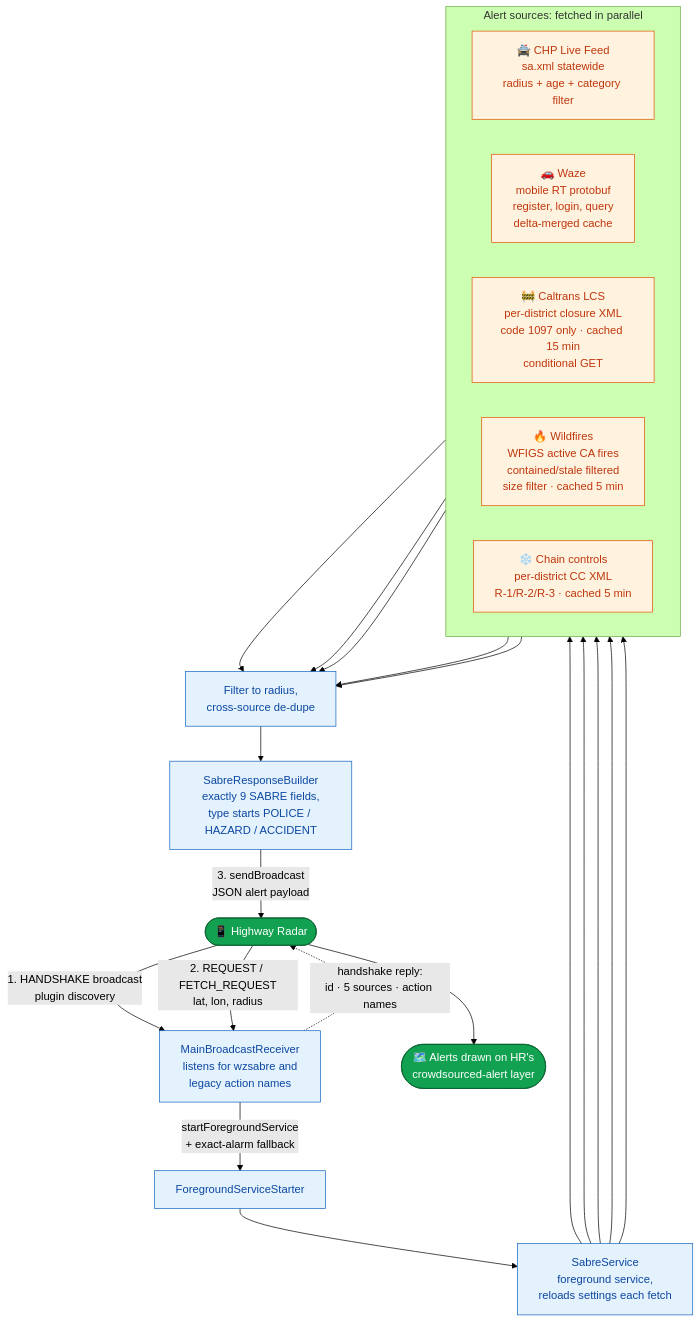
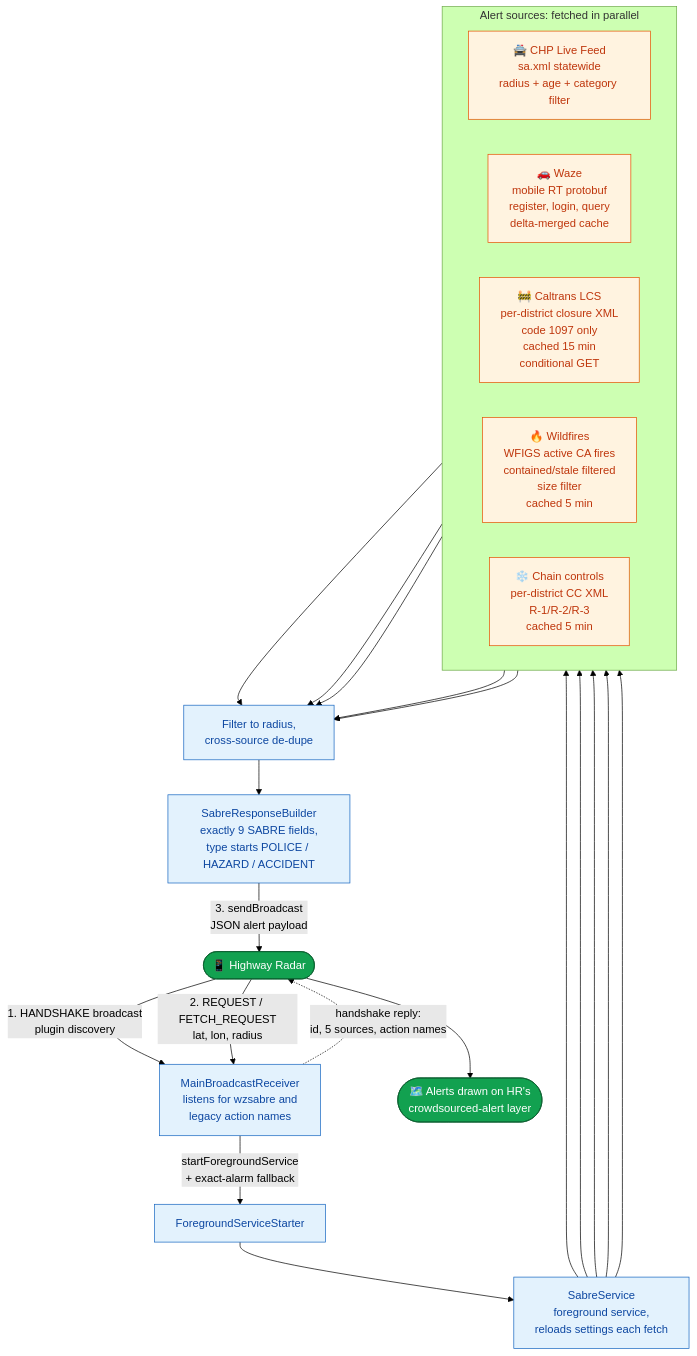
One commit to nicglazkov/highway-radar-sabre-plus changed the diagram in README.md. Above: the diagram before and after it, drawn with Mermaid (forest theme). The commit also changed other lines of this file and 44 other files, not shown here.

````diff
--- a/README.md
+++ b/README.md
@@ -163,47 +172,47 @@
 ```mermaid
 flowchart TD
     HR(["📱 Highway Radar"])
 
     HR -- "1. HANDSHAKE broadcast<br/>plugin discovery" --> RCV
     HR -- "2. REQUEST / FETCH_REQUEST<br/>lat, lon, radius" --> RCV
 
     RCV["MainBroadcastReceiver<br/>listens for wzsabre and<br/>legacy action names"]
-    RCV -. "handshake reply:<br/>id · 5 sources · action names" .-> HR
+    RCV -. "handshake reply:<br/>id, 5 sources, action names" .-> HR
     RCV -- "startForegroundService<br/>+ exact-alarm fallback" --> FSS
     FSS["ForegroundServiceStarter"] --> SVC
     SVC["SabreService<br/>foreground service,<br/>reloads settings each fetch"]
 
     subgraph SOURCES["Alert sources: fetched in parallel"]
         direction LR
         CHP["🚔 CHP Live Feed<br/>sa.xml statewide<br/>radius + age + category filter"]
         WAZE["🚗 Waze<br/>mobile RT protobuf<br/>register, login, query<br/>delta-merged cache"]
-        LCS["🚧 Caltrans LCS<br/>per-district closure XML<br/>code 1097 only · cached 15 min<br/>conditional GET"]
-        FIRE["🔥 Wildfires<br/>WFIGS active CA fires<br/>contained/stale filtered<br/>size filter · cached 5 min"]
-        CHAINS["❄️ Chain controls<br/>per-district CC XML<br/>R-1/R-2/R-3 · cached 5 min"]
+        LCS["🚧 Caltrans LCS<br/>per-district closure XML<br/>code 1097 only<br/>cached 15 min<br/>conditional GET"]
+        FIRE["🔥 Wildfires<br/>WFIGS active CA fires<br/>contained/stale filtered<br/>size filter<br/>cached 5 min"]
+        CHAINS["❄️ Chain controls<br/>per-district CC XML<br/>R-1/R-2/R-3<br/>cached 5 min"]
     end
 
     SVC --> CHP & WAZE & LCS & FIRE & CHAINS
     CHP & WAZE & LCS & FIRE & CHAINS --> MERGE
 
     MERGE["Filter to radius,<br/>cross-source de-dupe"]
     MERGE --> BUILD["SabreResponseBuilder<br/>exactly 9 SABRE fields,<br/>type starts POLICE / HAZARD / ACCIDENT"]
     BUILD -- "3. sendBroadcast<br/>JSON alert payload" --> HR
     HR --> MAP(["🗺️ Alerts drawn on HR's<br/>crowdsourced-alert layer"])
 
     click RCV "https://github.com/nicglazkov/highway-radar-sabre-plus/blob/main/app/src/main/java/app/sabre/wzsabre/MainBroadcastReceiver.java" "MainBroadcastReceiver.java"
     click FSS "https://github.com/nicglazkov/highway-radar-sabre-plus/blob/main/app/src/main/java/app/sabre/wzsabre/ForegroundServiceStarter.java" "ForegroundServiceStarter.java"
     click SVC "https://github.com/nicglazkov/highway-radar-sabre-plus/blob/main/app/src/main/java/app/sabre/wzsabre/SabreService.java" "SabreService.java"
     click CHP "https://github.com/nicglazkov/highway-radar-sabre-plus/blob/main/app/src/main/java/app/sabre/wzsabre/CHPSource.java" "CHPSource.java"
     click WAZE "https://github.com/nicglazkov/highway-radar-sabre-plus/blob/main/app/src/main/java/app/sabre/wzsabre/waze/WazeProtocolSource.java" "WazeProtocolSource.java"
     click LCS "https://github.com/nicglazkov/highway-radar-sabre-plus/blob/main/app/src/main/java/app/sabre/wzsabre/LcsSource.java" "LcsSource.java"
     click FIRE "https://github.com/nicglazkov/highway-radar-sabre-plus/blob/main/app/src/main/java/app/sabre/wzsabre/WildfireSource.java" "WildfireSource.java"
     click CHAINS "https://github.com/nicglazkov/highway-radar-sabre-plus/blob/main/app/src/main/java/app/sabre/wzsabre/WinterSource.java" "WinterSource.java"
     click BUILD "https://github.com/nicglazkov/highway-radar-sabre-plus/blob/main/app/src/main/java/app/sabre/wzsabre/SabreResponseBuilder.java" "SabreResponseBuilder.java"
 
     classDef hr fill:#12a150,stroke:#0b5e2f,color:#ffffff;
     classDef plugin fill:#e3f2fd,stroke:#1565c0,color:#0d47a1;
     classDef source fill:#fff3e0,stroke:#e65100,color:#bf360c;
     class HR,MAP hr;
     class RCV,FSS,SVC,MERGE,BUILD plugin;
     class CHP,WAZE,LCS,FIRE,CHAINS source;
 ```
````
